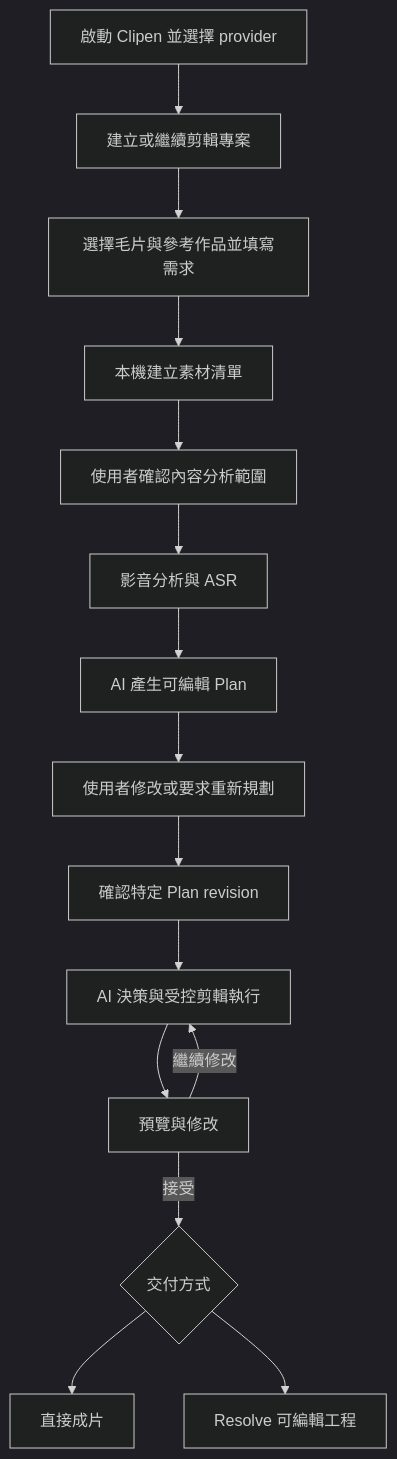
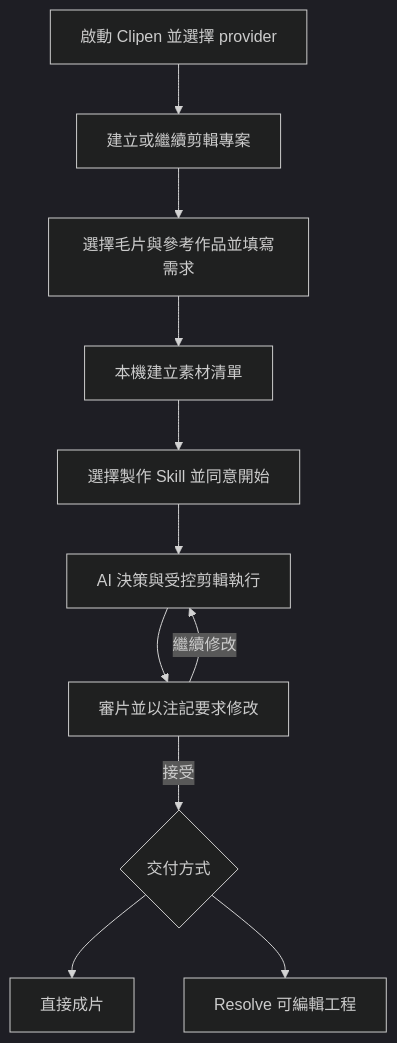
One commit to IMGMANISME/clipen changed the first of 3 diagrams in ARCHITECTURE.md. Above: the diagram before and after it, drawn with Mermaid (dark theme). The commit also changed other lines of this file and 45 other files, not shown here.

First line of the commit message:
refactor: remove the old plan, timeline and finishing workflow

````diff
--- a/ARCHITECTURE.md
+++ b/ARCHITECTURE.md
@@ -65,17 +65,13 @@
 ```mermaid
 flowchart TD
     A[啟動 Clipen 並選擇 provider] --> B[建立或繼續剪輯專案]
     B --> C[選擇毛片與參考作品並填寫需求]
     C --> D[本機建立素材清單]
-    D --> E[使用者確認內容分析範圍]
-    E --> F[影音分析與 ASR]
-    F --> G[AI 產生可編輯 Plan]
-    G --> H[使用者修改或要求重新規劃]
-    H --> I[確認特定 Plan revision]
+    D --> I[選擇製作 Skill 並同意開始]
     I --> J[AI 決策與受控剪輯執行]
-    J --> K[預覽與修改]
+    J --> K[審片並以注記要求修改]
     K -->|繼續修改| J
     K -->|接受| L{交付方式}
     L --> M[直接成片]
     L --> N[Resolve 可編輯工程]
 ```
````
